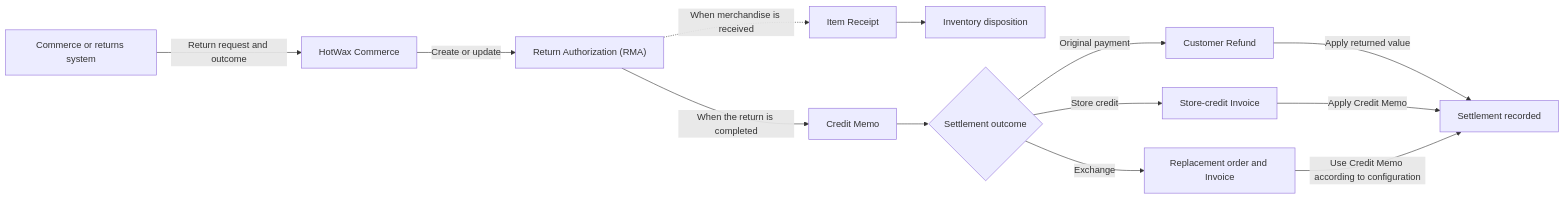
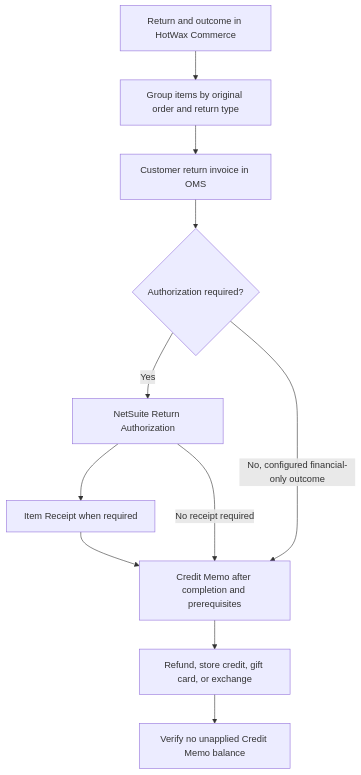
One commit to hotwax/oms-documentation changed the diagram in documents/learn-netsuite/integration-flows/returns/README.md. Above: the diagram before and after it, drawn with Mermaid. The commit also changed other lines of this file and 8 other files, not shown here.

Commit message:
docs: explain NetSuite batch order and return synchronization

````diff
--- a/documents/learn-netsuite/integration-flows/returns/README.md
+++ b/documents/learn-netsuite/integration-flows/returns/README.md
@@ -25,15 +19,13 @@
 ```mermaid
-flowchart LR
-    source["Commerce or returns system"] -->|"Return request and outcome"| hotwax["HotWax Commerce"]
-    hotwax -->|"Create or update"| rma["Return Authorization (RMA)"]
-    rma -.->|"When merchandise is received"| receipt["Item Receipt"]
-    receipt --> inventory["Inventory disposition"]
-    rma -->|"When the return is completed"| memo["Credit Memo"]
-    memo --> outcome{"Settlement outcome"}
-    outcome -->|"Original payment"| refund["Customer Refund"]
-    outcome -->|"Store credit"| invoice["Store-credit Invoice"]
-    outcome -->|"Exchange"| replacement["Replacement order and Invoice"]
-    refund -->|"Apply returned value"| settled["Settlement recorded"]
-    invoice -->|"Apply Credit Memo"| settled
-    replacement -->|"Use Credit Memo according to configuration"| settled
+flowchart TD
+    source["Return and outcome in HotWax Commerce"] --> groups["Group items by original order and return type"]
+    groups --> invoice["Customer return invoice in OMS"]
+    invoice --> route{"Authorization required?"}
+    route -->|"Yes"| rma["NetSuite Return Authorization"]
+    rma --> receipt["Item Receipt when required"]
+    receipt --> memo["Credit Memo after completion and prerequisites"]
+    rma -->|"No receipt required"| memo
+    route -->|"No, configured financial-only outcome"| memo
+    memo --> settlement["Refund, store credit, gift card, or exchange"]
+    settlement --> checked["Verify no unapplied Credit Memo balance"]
 ```
````
